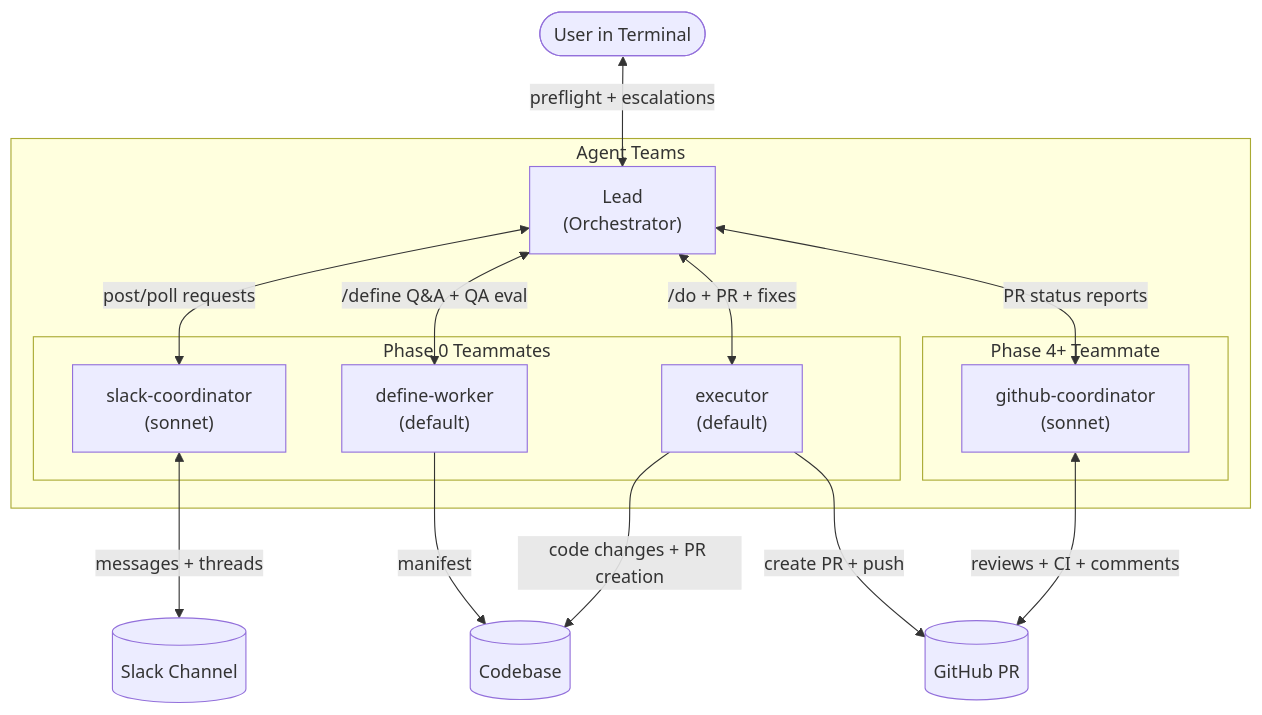
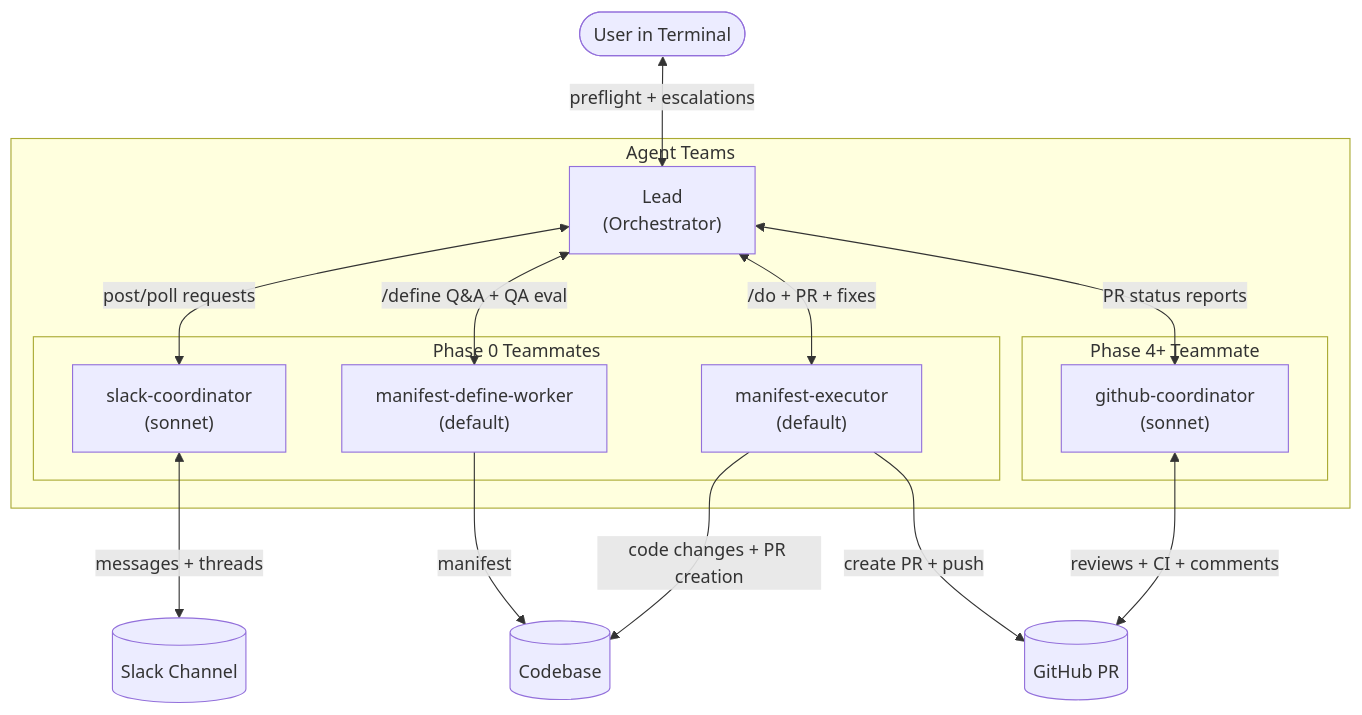
Before and after one commit to furworks/manifest-dev: the first of 2 diagrams in claude-plugins/manifest-dev-collab/README.md, drawn with Mermaid. The commit also changed other lines of this file and 9 other files, not shown here.

````diff
--- a/claude-plugins/manifest-dev-collab/README.md
+++ b/claude-plugins/manifest-dev-collab/README.md
@@ -58,35 +68,35 @@
 ```mermaid
 graph TB
     User([User in Terminal])
 
     subgraph "Agent Teams"
         Lead["Lead<br/>(Orchestrator)"]
 
         subgraph "Phase 0 Teammates"
             SC["slack-coordinator<br/>(sonnet)"]
-            DW["define-worker<br/>(default)"]
-            EX["executor<br/>(default)"]
+            DW["manifest-define-worker<br/>(default)"]
+            EX["manifest-executor<br/>(default)"]
         end
 
         subgraph "Phase 4+ Teammate"
             GC["github-coordinator<br/>(sonnet)"]
         end
     end
 
     Slack[(Slack Channel)]
     GitHub[(GitHub PR)]
     Codebase[(Codebase)]
 
     User <-->|"preflight + escalations"| Lead
 
     Lead <-->|"post/poll requests"| SC
     Lead <-->|"/define Q&A + QA eval"| DW
     Lead <-->|"/do + PR + fixes"| EX
     Lead <-->|"PR status reports"| GC
 
     SC <-->|"messages + threads"| Slack
     GC <-->|"reviews + CI + comments"| GitHub
     EX -->|"code changes + PR creation"| Codebase
     EX -->|"create PR + push"| GitHub
     DW -->|"manifest"| Codebase
 ```
````
